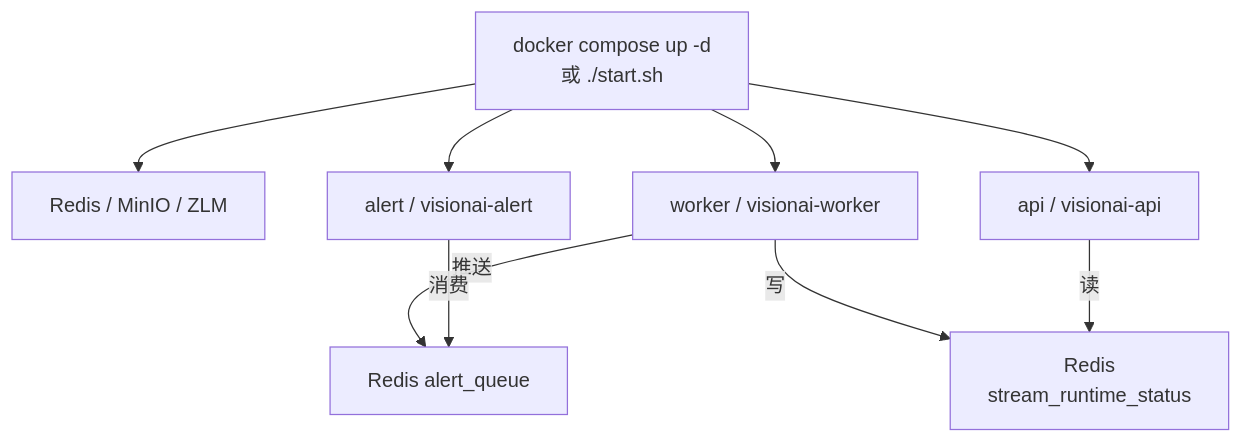
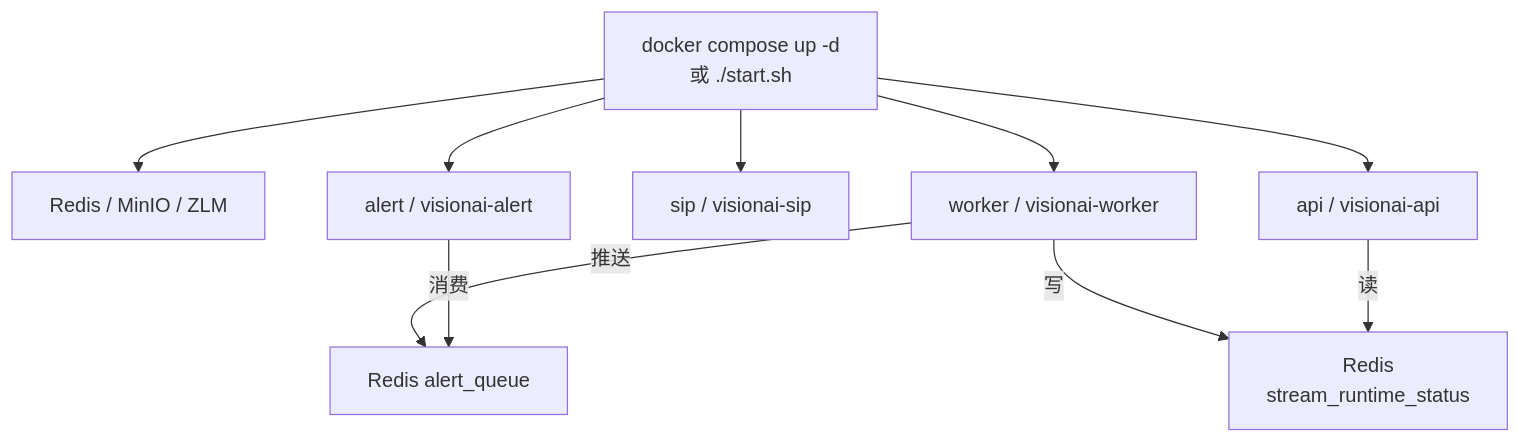
One commit to jiaxu-wang/JXVisionAI changed the second of 5 diagrams in docs/architecture.md. Above: the diagram before and after it, drawn with Mermaid. The commit also changed other lines of this file and 11 other files, not shown here.

````diff
--- a/docs/architecture.md
+++ b/docs/architecture.md
@@ -128,12 +130,13 @@
 ```mermaid
 flowchart TB
   Start["docker compose up -d<br/>或 ./start.sh"] --> Deps["Redis / MinIO / ZLM"]
   Start --> AW["alert / visionai-alert"]
+  Start --> SIP["sip / visionai-sip"]
   Start --> W["worker / visionai-worker"]
   Start --> A["api / visionai-api"]
 
   W -->|写| RS["Redis<br/>stream_runtime_status"]
   A -->|读| RS
   W -->|推送| AQ["Redis alert_queue"]
   AW -->|消费| AQ
 ```
````
